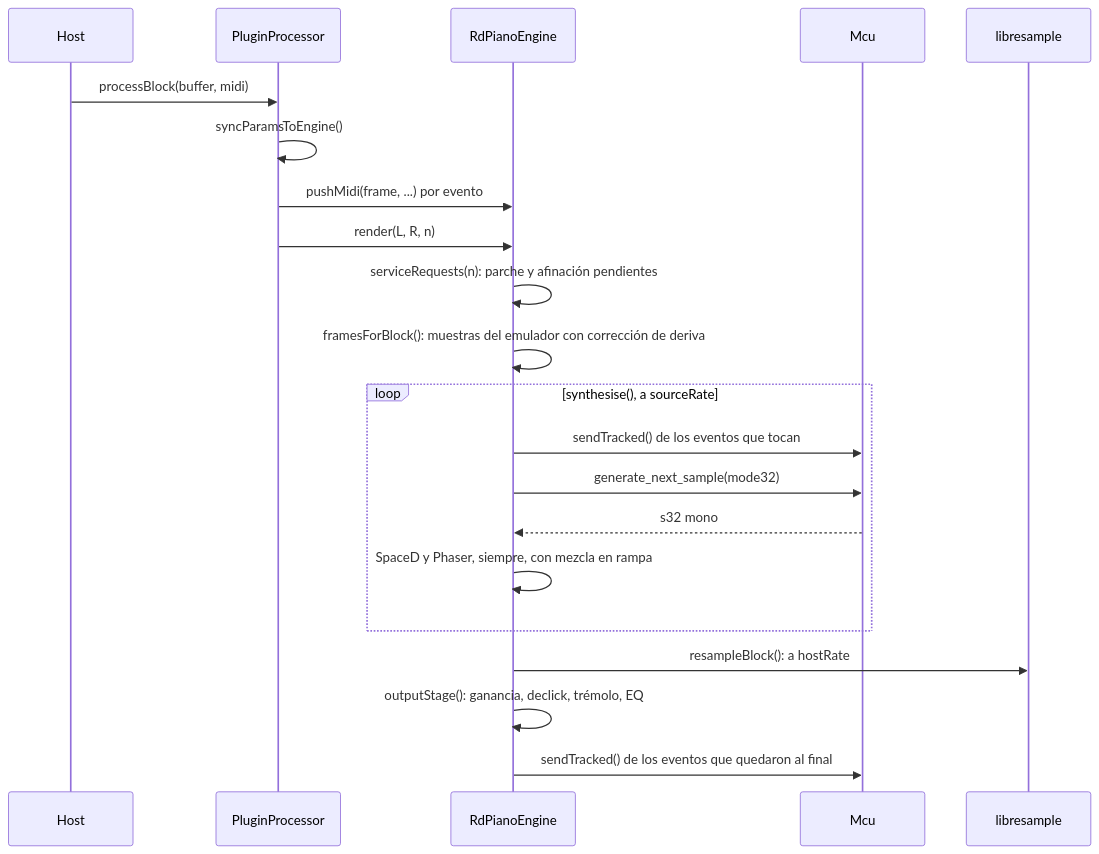
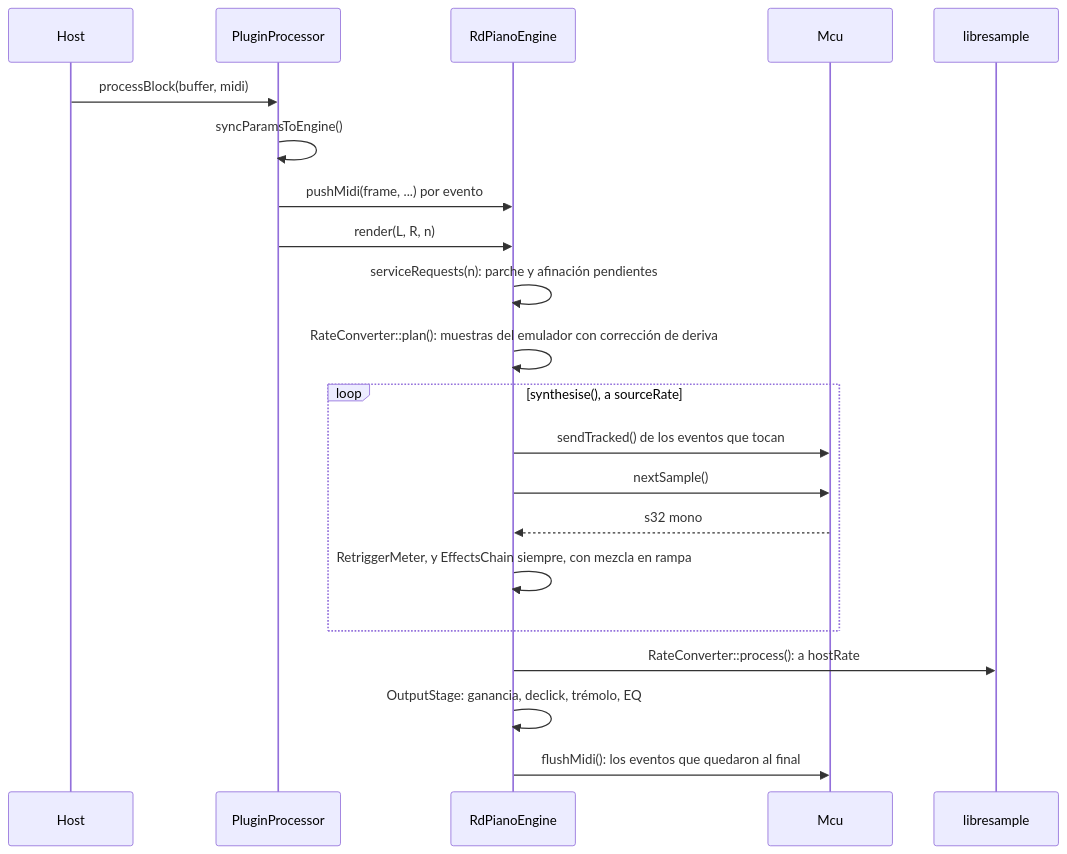
Before and after one commit to claudiodevia/rdpiano: the fourth of 12 diagrams in docs/ARQUITECTURA.md, drawn with Mermaid. The commit also changed other lines of this file and 37 other files, not shown here.

Commit message:
Motor de sonido reorganizado por piezas, suena igual que antes. Arreglados una nota que podía quedarse pulsada y cinco sonidos que salían mudos con ajustes extremos del DAW.

````diff
--- a/docs/ARQUITECTURA.md
+++ b/docs/ARQUITECTURA.md
@@ -309,23 +346,23 @@
 ```mermaid
 sequenceDiagram
     participant H as Host
     participant P as PluginProcessor
     participant E as RdPianoEngine
     participant M as Mcu
     participant R as libresample
     H->>P: processBlock(buffer, midi)
     P->>P: syncParamsToEngine()
     P->>E: pushMidi(frame, ...) por evento
     P->>E: render(L, R, n)
     E->>E: serviceRequests(n): parche y afinación pendientes
-    E->>E: framesForBlock(): muestras del emulador con corrección de deriva
+    E->>E: RateConverter::plan(): muestras del emulador con corrección de deriva
     loop synthesise(), a sourceRate
         E->>M: sendTracked() de los eventos que tocan
-        E->>M: generate_next_sample(mode32)
+        E->>M: nextSample()
         M-->>E: s32 mono
-        E->>E: SpaceD y Phaser, siempre, con mezcla en rampa
+        E->>E: RetriggerMeter, y EffectsChain siempre, con mezcla en rampa
     end
-    E->>R: resampleBlock(): a hostRate
-    E->>E: outputStage(): ganancia, declick, trémolo, EQ
-    E->>M: sendTracked() de los eventos que quedaron al final
+    E->>R: RateConverter::process(): a hostRate
+    E->>E: OutputStage: ganancia, declick, trémolo, EQ
+    E->>M: flushMidi(): los eventos que quedaron al final
 ```
````
